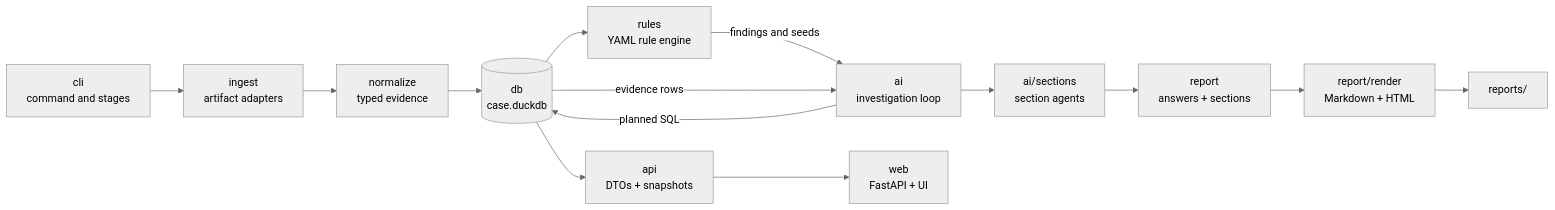
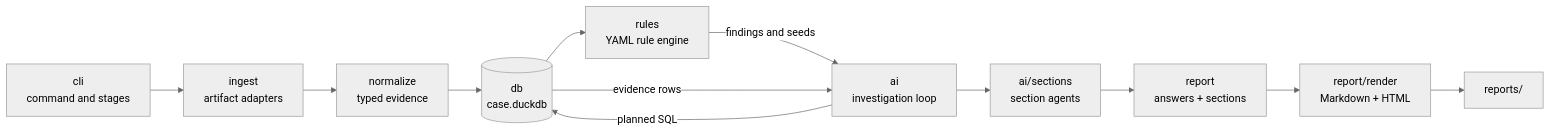
One commit to sumeshi/forensia changed the first of 3 diagrams in CONTRIBUTING.md. Above: the diagram before and after it, drawn with Mermaid (neutral theme). The commit also changed other lines of this file and 82 other files, not shown here.

````diff
--- a/CONTRIBUTING.md
+++ b/CONTRIBUTING.md
@@ -54,16 +52,14 @@
 ```mermaid
 flowchart LR
     CLI["cli<br/>command and stages"] --> ING["ingest<br/>artifact adapters"]
     ING --> NORM["normalize<br/>typed evidence"]
     NORM --> DB[("db<br/>case.duckdb")]
     DB --> RULES["rules<br/>YAML rule engine"]
     RULES -->|findings and seeds| AI["ai<br/>investigation loop"]
     AI -->|planned SQL| DB
     DB -->|evidence rows| AI
     AI --> SECTIONS["ai/sections<br/>section agents"]
     SECTIONS --> REPORT["report<br/>answers + sections"]
     REPORT --> RENDER["report/render<br/>Markdown + HTML"]
     RENDER --> OUT["reports/"]
-    DB --> API["api<br/>DTOs + snapshots"]
-    API --> WEB["web<br/>FastAPI + UI"]
 ```
````
